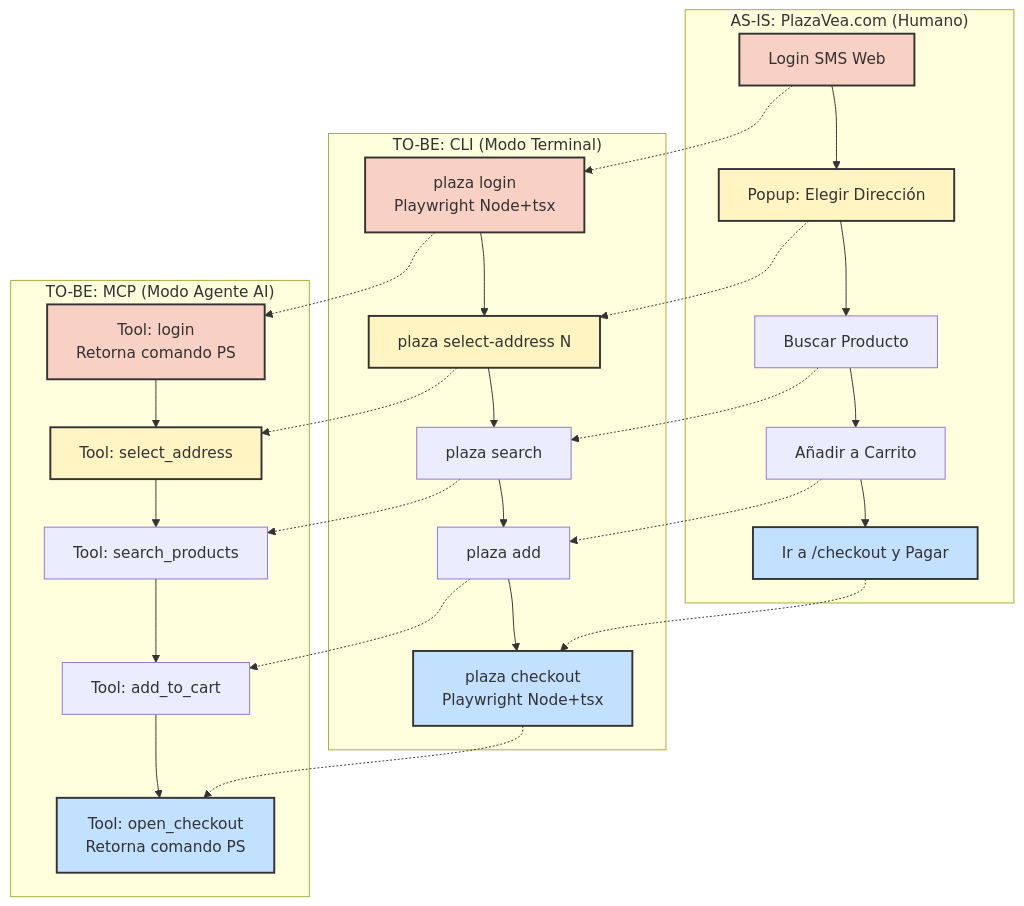
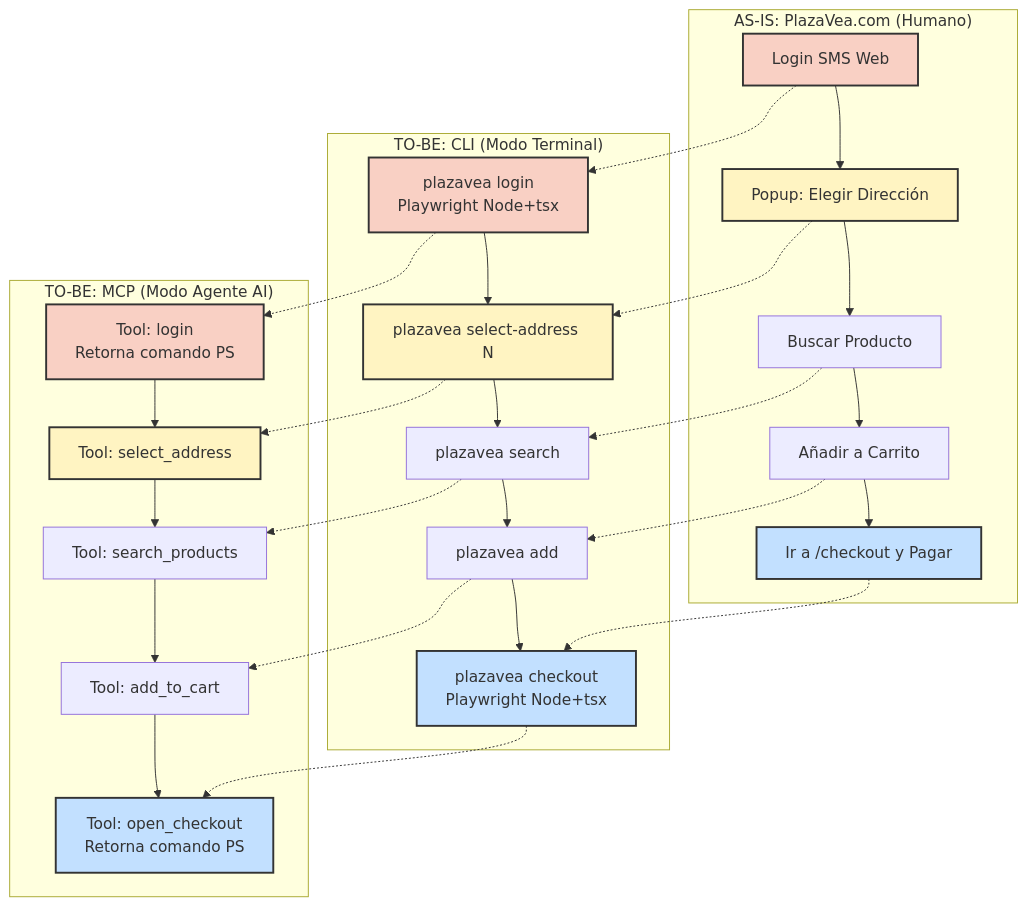
Before and after one commit to StephCastrof001/cli_plazavea1: the diagram in CLAUDE.md, drawn with Mermaid. The commit also changed other lines of this file and 23 other files, not shown here.

First line of the commit message:
fix: rename plaza→plazavea in all error messages, hints, and docs

````diff
--- a/CLAUDE.md
+++ b/CLAUDE.md
@@ -90,36 +90,36 @@
 ```mermaid
 graph TD
     subgraph AS_IS ["AS-IS: PlazaVea.com (Humano)"]
         W1[Login SMS Web] --> W2[Popup: Elegir Dirección]
         W2 --> W3[Buscar Producto]
         W3 --> W4[Añadir a Carrito]
         W4 --> W5[Ir a /checkout y Pagar]
     end
 
     subgraph TO_BE_CLI ["TO-BE: CLI (Modo Terminal)"]
-        C1[plaza login\nPlaywright Node+tsx] --> C2[plaza select-address N]
-        C2 --> C3[plaza search]
-        C3 --> C4[plaza add]
-        C4 --> C5[plaza checkout\nPlaywright Node+tsx]
+        C1[plazavea login\nPlaywright Node+tsx] --> C2[plazavea select-address N]
+        C2 --> C3[plazavea search]
+        C3 --> C4[plazavea add]
+        C4 --> C5[plazavea checkout\nPlaywright Node+tsx]
     end
 
     subgraph TO_BE_MCP ["TO-BE: MCP (Modo Agente AI)"]
         M1[Tool: login\nRetorna comando PS] --> M2[Tool: select_address]
         M2 --> M3[Tool: search_products]
         M3 --> M4[Tool: add_to_cart]
         M4 --> M5[Tool: open_checkout\nRetorna comando PS]
     end
 
     W1 -.-> C1 -.-> M1
     W2 -.-> C2 -.-> M2
     W3 -.-> C3 -.-> M3
     W4 -.-> C4 -.-> M4
     W5 -.-> C5 -.-> M5
 
     classDef auth fill:#f9d0c4,stroke:#333,stroke-width:2px;
     classDef fulfillment fill:#fff4c2,stroke:#333,stroke-width:2px;
     classDef handoff fill:#c2e0ff,stroke:#333,stroke-width:2px;
     class W1,C1,M1 auth;
     class W2,C2,M2 fulfillment;
     class W5,C5,M5 handoff;
 ```
````
